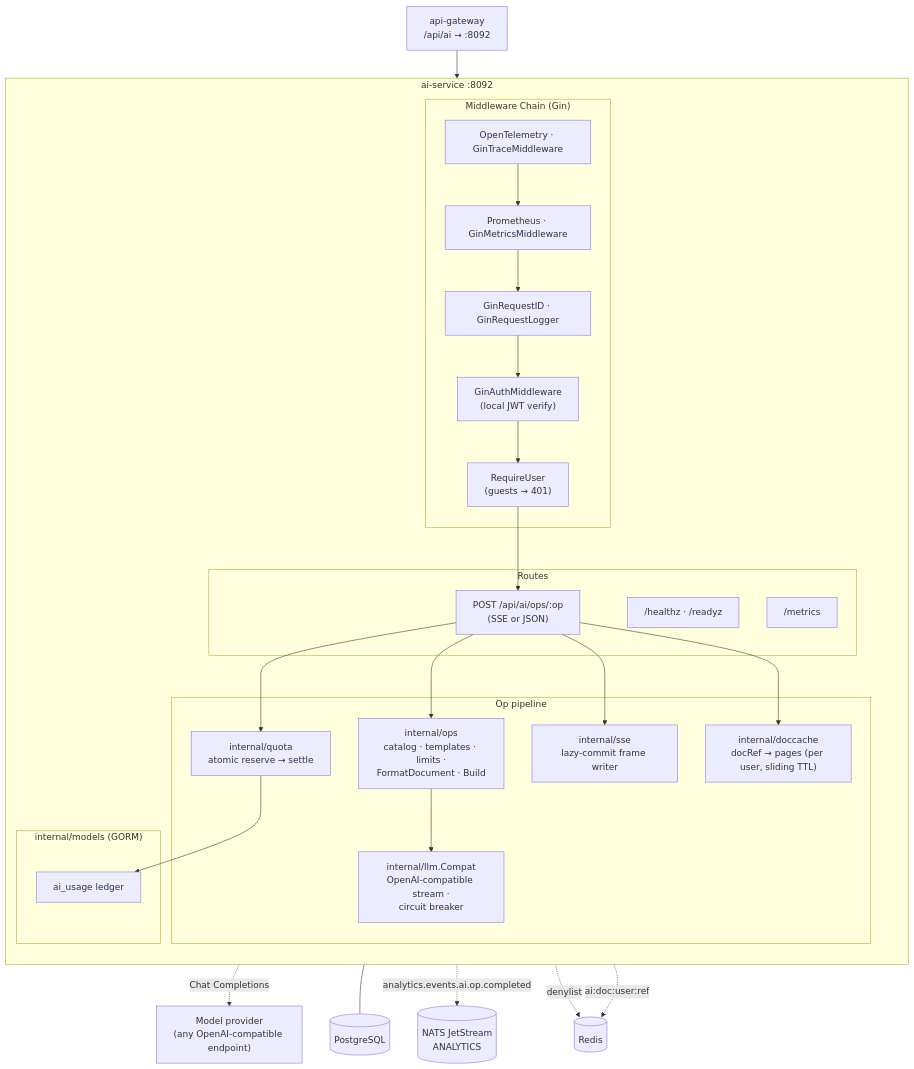
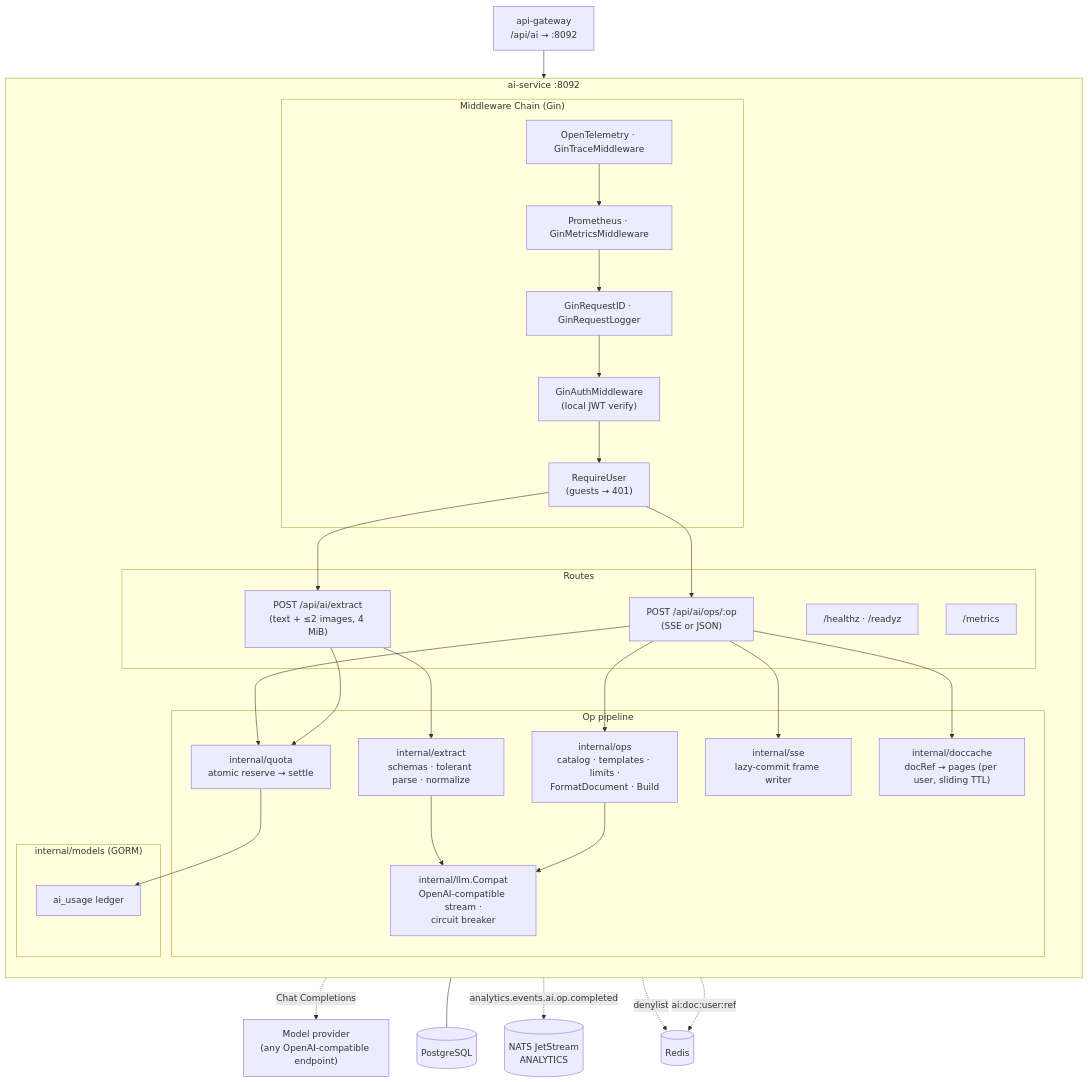
One commit to code-farms/fyredocs_backend changed the diagram in docs/developer/mermaid/service-ai-service-architecture.md. Above: the diagram before and after it, drawn with Mermaid. The commit also changed 23 other files, not shown here.

````diff
--- a/docs/developer/mermaid/service-ai-service-architecture.md
+++ b/docs/developer/mermaid/service-ai-service-architecture.md
@@ -7,43 +7,47 @@
 ```mermaid
 graph TB
     subgraph ai-service[" ai-service :8092 "]
         direction TB
 
         subgraph Middleware["Middleware Chain (Gin)"]
             TRACE["OpenTelemetry · GinTraceMiddleware"]
             METRICS["Prometheus · GinMetricsMiddleware"]
             REQID["GinRequestID · GinRequestLogger"]
             AUTH["GinAuthMiddleware<br/>(local JWT verify)"]
             REQUSER["RequireUser<br/>(guests → 401)"]
         end
 
         subgraph Routes["Routes"]
             OPS["POST /api/ai/ops/:op<br/>(SSE or JSON)"]
+            EXT["POST /api/ai/extract<br/>(text + ≤2 images, 4 MiB)"]
             HEALTHZ["/healthz · /readyz"]
             METRICSEP["/metrics"]
         end
 
         subgraph Core["Op pipeline"]
             CAT["internal/ops<br/>catalog · templates · limits ·<br/>FormatDocument · Build"]
             SSEW["internal/sse<br/>lazy-commit frame writer"]
             LLM["internal/llm.Compat<br/>OpenAI-compatible stream ·<br/>circuit breaker"]
             QUOTA["internal/quota<br/>atomic reserve → settle"]
+            EXTR["internal/extract<br/>schemas · tolerant parse · normalize"]
             DOCS["internal/doccache<br/>docRef → pages (per user, sliding TTL)"]
         end
 
         subgraph Models["internal/models (GORM)"]
             USAGE["ai_usage ledger"]
         end
     end
 
     GW["api-gateway<br/>/api/ai → :8092"] --> TRACE
     TRACE --> METRICS --> REQID --> AUTH --> REQUSER --> OPS
     OPS --> QUOTA --> USAGE
+    REQUSER --> EXT --> EXTR --> LLM
+    EXT --> QUOTA
     OPS --> CAT --> LLM
     OPS --> SSEW
     LLM -.->|Chat Completions| PROVIDER["Model provider<br/>(any OpenAI-compatible endpoint)"]
     USAGE --- PG[("PostgreSQL")]
     OPS -.->|analytics.events.ai.op.completed| NATS[("NATS JetStream<br/>ANALYTICS")]
     AUTH -.->|denylist| REDIS[("Redis")]
     OPS --> DOCS -.->|ai:doc:user:ref| REDIS
 ```
````
